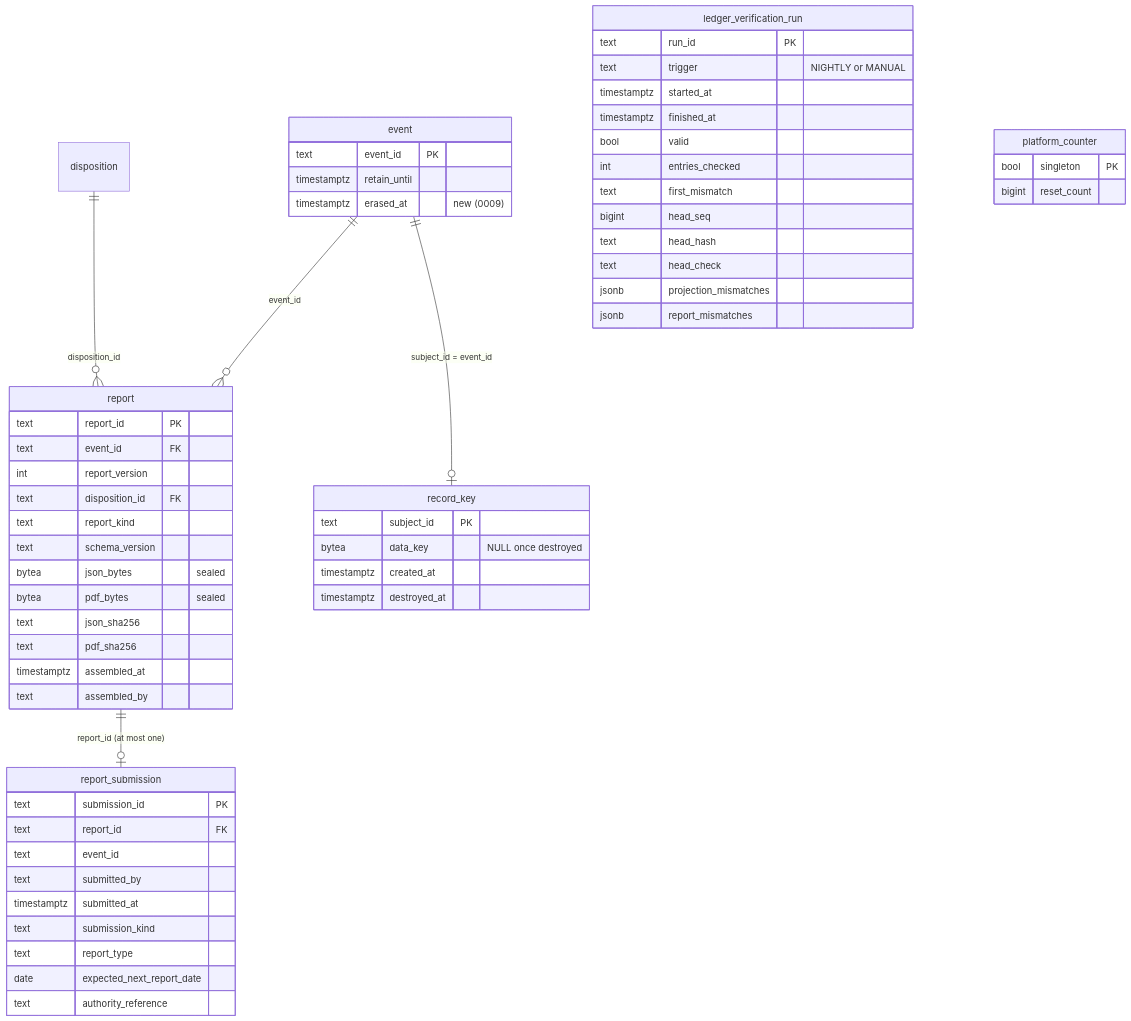
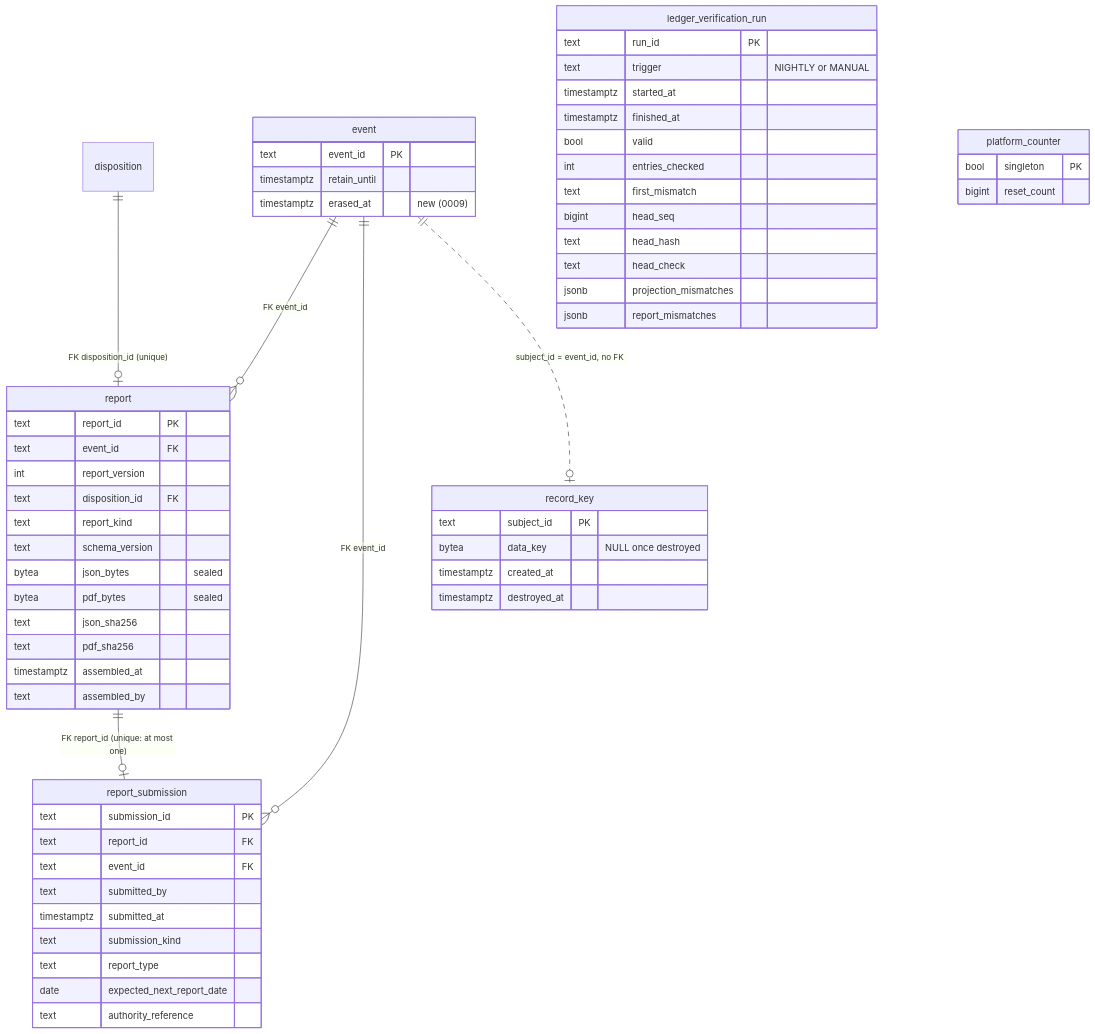
The third of 3 diagrams in docs/models/phase5_models.md (Shadiamw/EU_AI_ACT_MONITOR), drawn with Mermaid before and after one commit. The commit also changed other lines of this file and 24 other files, not shown here.

````diff
--- a/docs/models/phase5_models.md
+++ b/docs/models/phase5_models.md
@@ -83,61 +128,62 @@
 ```mermaid
 erDiagram
-    event ||--o{ report : "event_id"
-    disposition ||--o{ report : "disposition_id"
-    report ||--o| report_submission : "report_id (at most one)"
-    event ||--o| record_key : "subject_id = event_id"
+    event ||--o{ report : "FK event_id"
+    disposition ||--o| report : "FK disposition_id (unique)"
+    report ||--o| report_submission : "FK report_id (unique: at most one)"
+    event ||--o{ report_submission : "FK event_id"
+    event ||..o| record_key : "subject_id = event_id, no FK"
     event {
         text event_id PK
         timestamptz retain_until
         timestamptz erased_at "new (0009)"
     }
     report {
         text report_id PK
         text event_id FK
         int report_version
         text disposition_id FK
         text report_kind
         text schema_version
         bytea json_bytes "sealed"
         bytea pdf_bytes "sealed"
         text json_sha256
         text pdf_sha256
         timestamptz assembled_at
         text assembled_by
     }
     report_submission {
         text submission_id PK
         text report_id FK
-        text event_id
+        text event_id FK
         text submitted_by
         timestamptz submitted_at
         text submission_kind
         text report_type
         date expected_next_report_date
         text authority_reference
     }
     record_key {
         text subject_id PK
         bytea data_key "NULL once destroyed"
         timestamptz created_at
         timestamptz destroyed_at
     }
     ledger_verification_run {
         text run_id PK
         text trigger "NIGHTLY or MANUAL"
         timestamptz started_at
         timestamptz finished_at
         bool valid
         int entries_checked
         text first_mismatch
         bigint head_seq
         text head_hash
         text head_check
         jsonb projection_mismatches
         jsonb report_mismatches
     }
     platform_counter {
         bool singleton PK
         bigint reset_count
     }
 ```
````
